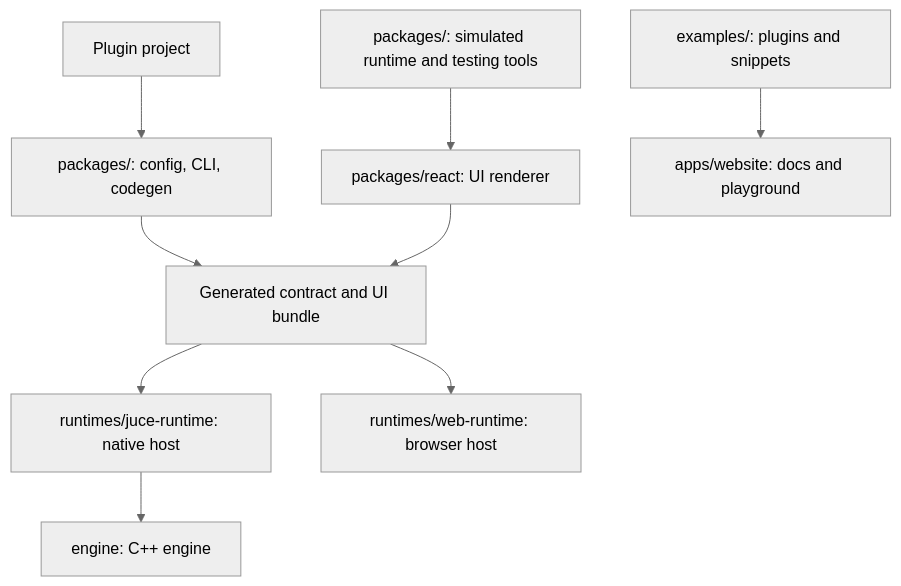
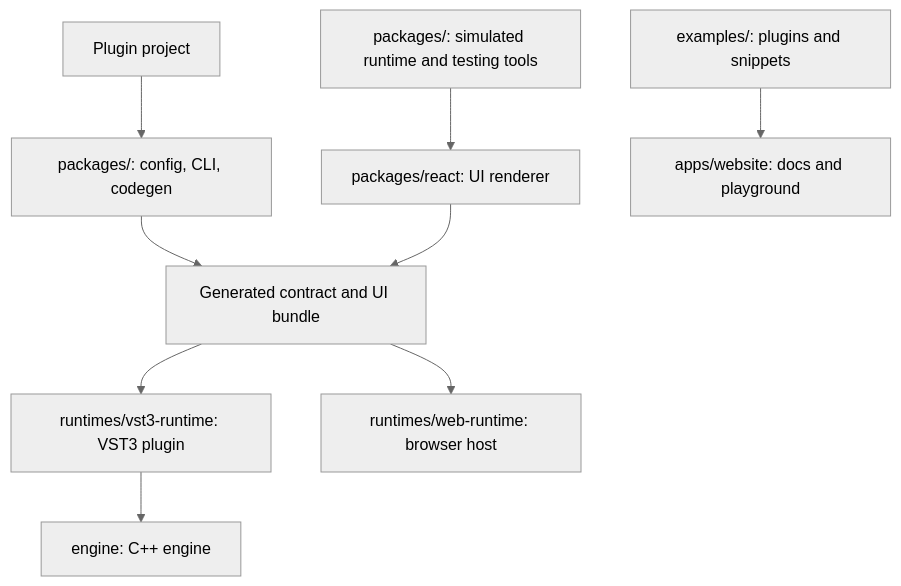
The diagram in apps/website/content/docs/contribute/index.md (soundor/soundor), drawn with Mermaid (neutral theme) before and after one commit. The commit also changed other lines of this file and 252 other files, not shown here.

First line of the commit message:
docs: describe Soundor without the JUCE runtime

````diff
--- a/apps/website/content/docs/contribute/index.md
+++ b/apps/website/content/docs/contribute/index.md
@@ -15,11 +15,11 @@
 ```mermaid
 flowchart TD
     project["Plugin project"] --> toolchain["packages/: config, CLI, codegen"]
     toolchain --> contract["Generated contract and UI bundle"]
-    contract --> juce["runtimes/juce-runtime: native host"]
+    contract --> vst3["runtimes/vst3-runtime: VST3 plugin"]
     contract --> web["runtimes/web-runtime: browser host"]
-    juce --> engine["engine: C++ engine"]
+    vst3 --> engine["engine: C++ engine"]
     react["packages/react: UI renderer"] --> contract
     tests["packages/: simulated runtime and testing tools"] --> react
     examples["examples/: plugins and snippets"] --> site["apps/website: docs and playground"]
 ```
````
